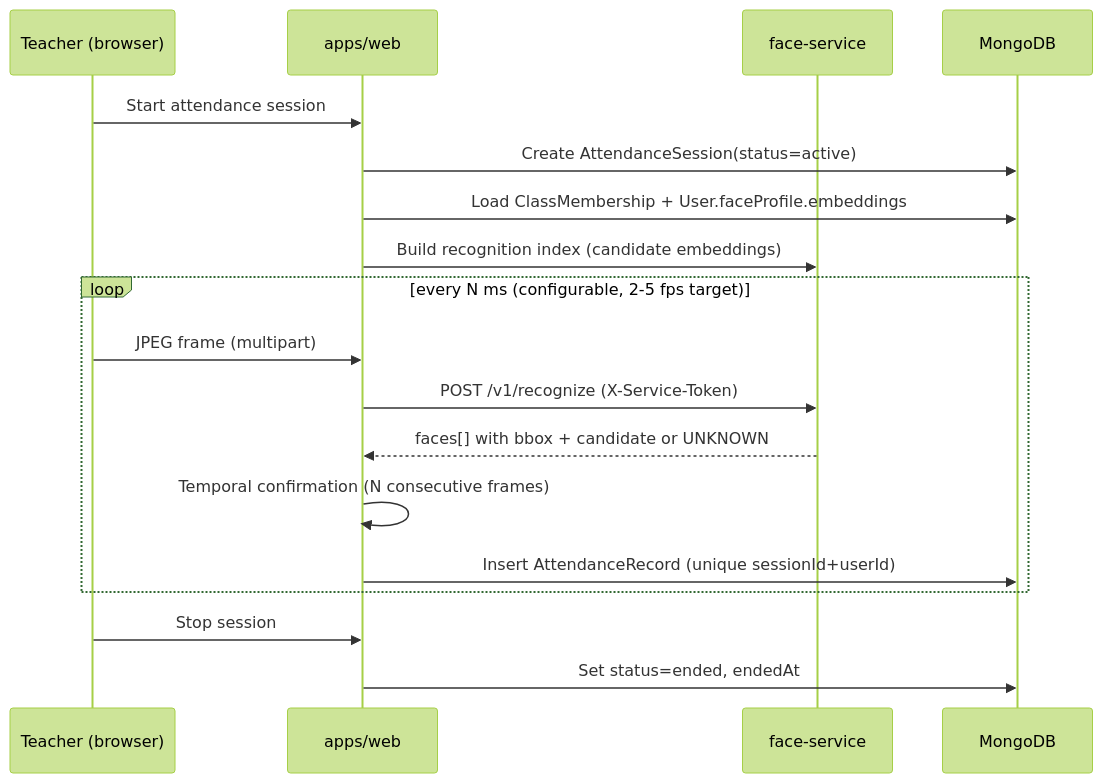
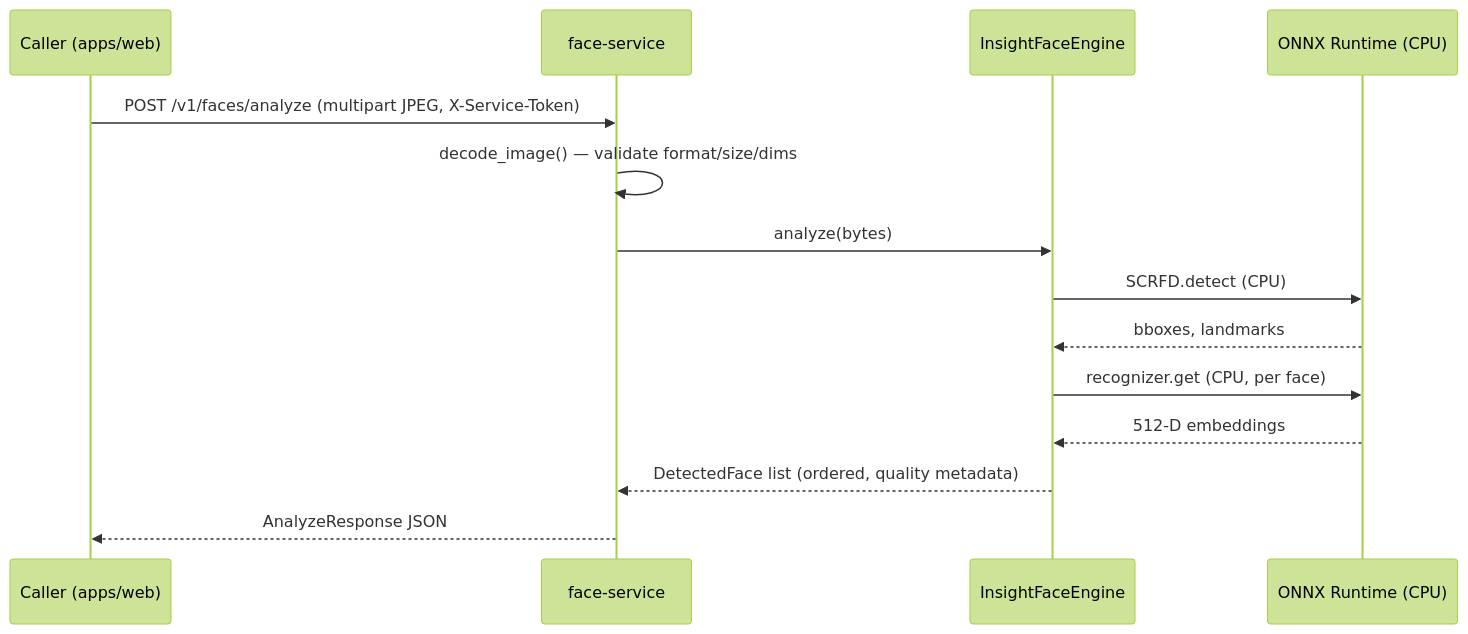
The second of 2 diagrams in docs/architecture.md (hoquan2007/face-attendance), drawn with Mermaid (forest theme) before and after one commit. The commit also changed other lines of this file and 58 other files, not shown here.

````diff
--- a/docs/architecture.md
+++ b/docs/architecture.md
@@ -107,21 +174,17 @@
 ```mermaid
 sequenceDiagram
-    participant T as Teacher (browser)
-    participant W as apps/web
+    participant C as Caller (apps/web)
     participant FS as face-service
-    participant DB as MongoDB
+    participant E as InsightFaceEngine
+    participant ORT as ONNX Runtime (CPU)
 
-    T->>W: Start attendance session
-    W->>DB: Create AttendanceSession(status=active)
-    W->>DB: Load ClassMembership + User.faceProfile.embeddings
-    W->>FS: Build recognition index (candidate embeddings)
-    loop every N ms (configurable, 2-5 fps target)
-        T->>W: JPEG frame (multipart)
-        W->>FS: POST /v1/recognize (X-Service-Token)
-        FS-->>W: faces[] with bbox + candidate or UNKNOWN
-        W->>W: Temporal confirmation (N consecutive frames)
-        W->>DB: Insert AttendanceRecord (unique sessionId+userId)
-    end
-    T->>W: Stop session
-    W->>DB: Set status=ended, endedAt
+    C->>FS: POST /v1/faces/analyze (multipart JPEG, X-Service-Token)
+    FS->>FS: decode_image() — validate format/size/dims
+    FS->>E: analyze(bytes)
+    E->>ORT: SCRFD.detect (CPU)
+    ORT-->>E: bboxes, landmarks
+    E->>ORT: recognizer.get (CPU, per face)
+    ORT-->>E: 512-D embeddings
+    E-->>FS: DetectedFace list (ordered, quality metadata)
+    FS-->>C: AnalyzeResponse JSON
 ```
````
